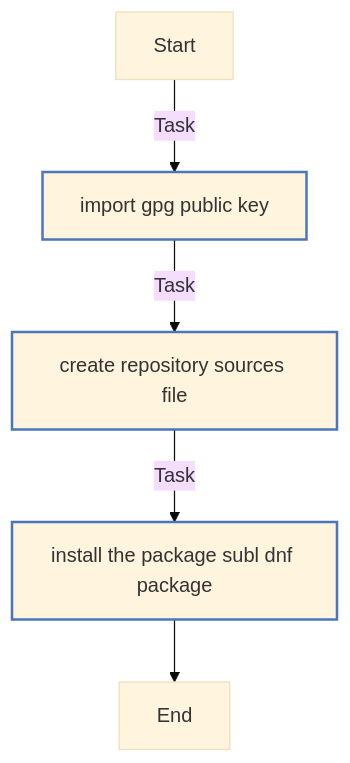
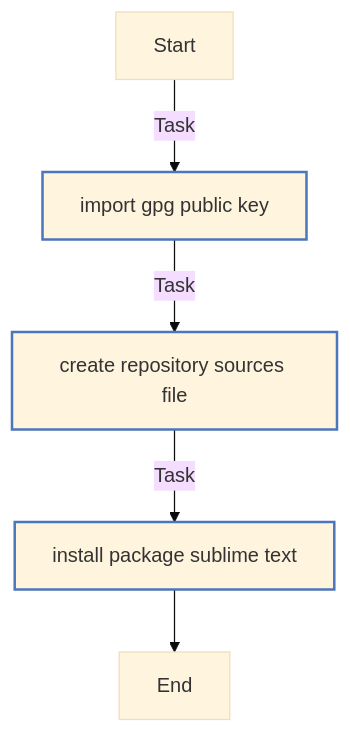
Before and after one commit to mvk/ansible-role-subl: the first of 4 diagrams in README.md, drawn with Mermaid (base theme). The commit also changed other lines of this file, not shown here.

````diff
--- a/README.md
+++ b/README.md
@@ -83,17 +83,17 @@
 ```mermaid
 flowchart TD
 Start
 classDef block stroke:#3498db,stroke-width:2px;
 classDef task stroke:#4b76bb,stroke-width:2px;
 classDef includeTasks stroke:#16a085,stroke-width:2px;
 classDef importTasks stroke:#34495e,stroke-width:2px;
 classDef includeRole stroke:#2980b9,stroke-width:2px;
 classDef importRole stroke:#699ba7,stroke-width:2px;
 classDef includeVars stroke:#8e44ad,stroke-width:2px;
 classDef rescue stroke:#665352,stroke-width:2px;
 
   Start-->|Task| Import_gpg_public_key0[import gpg public key]:::task
   Import_gpg_public_key0-->|Task| Create_repository_sources_file1[create repository sources file]:::task
-  Create_repository_sources_file1-->|Task| Install_the_package_subl_dnf_package2[install the package subl dnf package]:::task
-  Install_the_package_subl_dnf_package2-->End
+  Create_repository_sources_file1-->|Task| Install_package_sublime_text2[install package sublime text]:::task
+  Install_package_sublime_text2-->End
 ```
````
